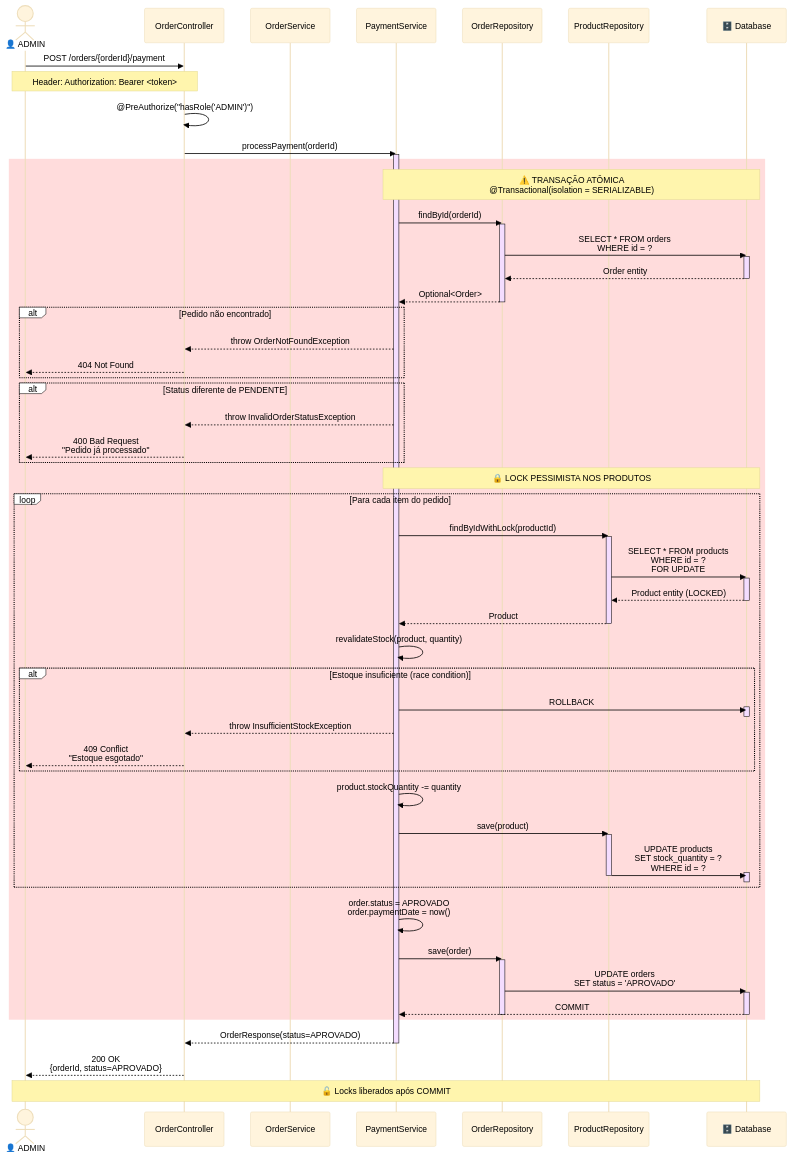
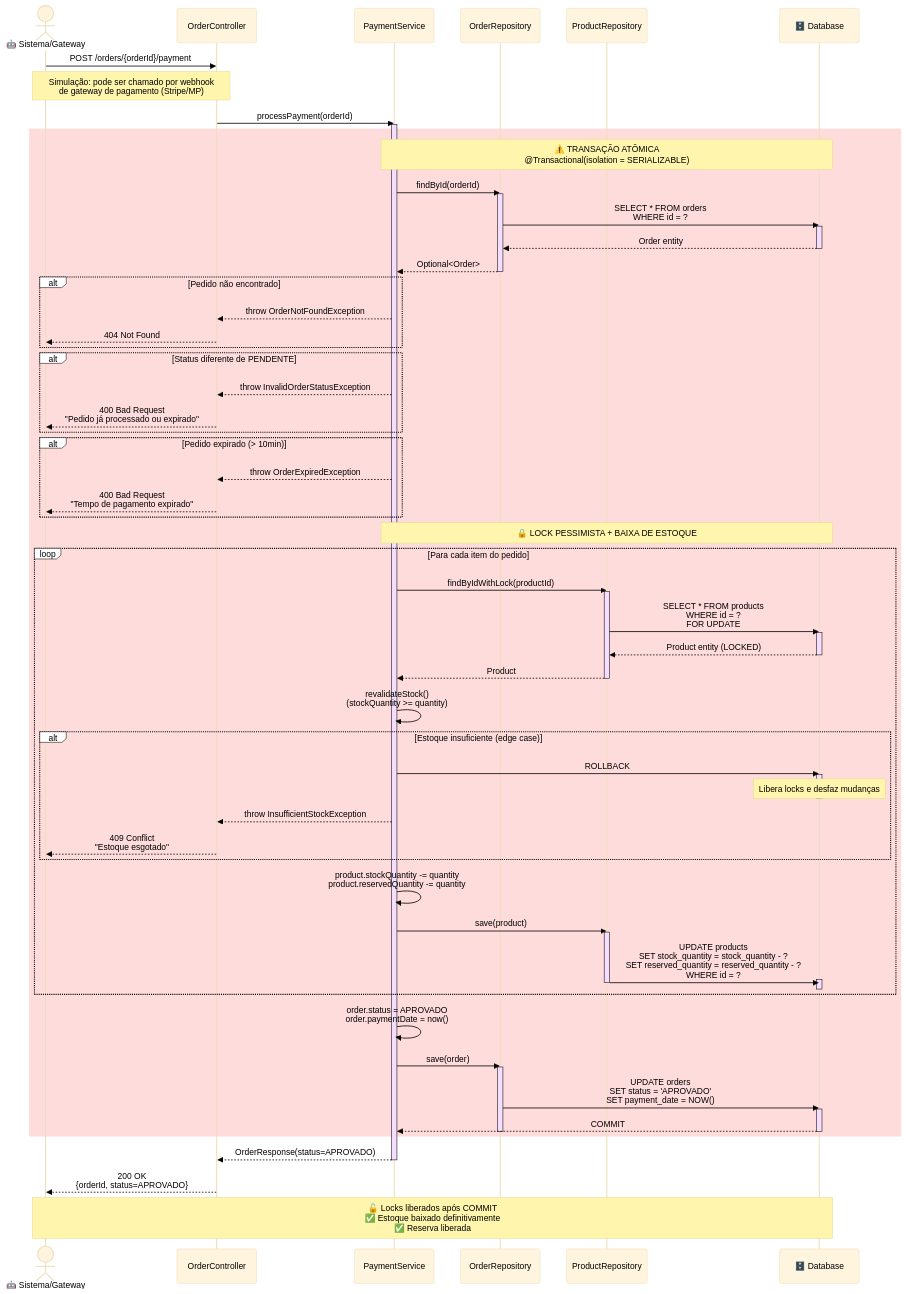
The third of 5 diagrams in docs/architecture/diagrama-sequencia.md (DanrleyBrasil/ecommerce-api-case), drawn with Mermaid before and after one commit. The commit also changed other lines of this file and 20 other files, not shown here.

````diff
--- a/docs/architecture/diagrama-sequencia.md
+++ b/docs/architecture/diagrama-sequencia.md
@@ -158,18 +166,16 @@
 ```mermaid
 %%{init: {'theme':'base', 'themeVariables': { 'actorTextColor':'#000000', 'labelTextColor':'#000000', 'loopTextColor':'#000000', 'noteTextColor':'#000000', 'activationBorderColor':'#000000', 'signalColor':'#000000', 'signalTextColor':'#000000', 'labelBoxBkgColor':'#ffffff', 'labelBoxBorderColor':'#000000', 'sequenceNumberColor':'#000000'}}}%%
 sequenceDiagram
-    actor Admin as 👤 ADMIN
+    actor System as 🤖 Sistema/Gateway
     participant Controller as OrderController
-    participant OrderService as OrderService
     participant PaymentService as PaymentService
     participant OrderRepo as OrderRepository
     participant ProductRepo as ProductRepository
     participant DB as 🗄️ Database
 
-    Admin->>Controller: POST /orders/{orderId}/payment
-    Note over Admin,Controller: Header: Authorization: Bearer <token>
+    System->>Controller: POST /orders/{orderId}/payment
+    Note over System,Controller: Simulação: pode ser chamado por webhook<br/>de gateway de pagamento (Stripe/MP)
     
-    Controller->>Controller: @PreAuthorize("hasRole('ADMIN')")
     Controller->>PaymentService: processPayment(orderId)
     activate PaymentService
     
@@ -187,15 +193,20 @@
         
         alt Pedido não encontrado
             PaymentService-->>Controller: throw OrderNotFoundException
-            Controller-->>Admin: 404 Not Found
+            Controller-->>System: 404 Not Found
         end
         
         alt Status diferente de PENDENTE
             PaymentService-->>Controller: throw InvalidOrderStatusException
-            Controller-->>Admin: 400 Bad Request<br/>"Pedido já processado"
+            Controller-->>System: 400 Bad Request<br/>"Pedido já processado ou expirado"
         end
         
-        Note over PaymentService,DB: 🔒 LOCK PESSIMISTA NOS PRODUTOS
+        alt Pedido expirado (> 10min)
+            PaymentService-->>Controller: throw OrderExpiredException
+            Controller-->>System: 400 Bad Request<br/>"Tempo de pagamento expirado"
+        end
+        
+        Note over PaymentService,DB: 🔒 LOCK PESSIMISTA + BAIXA DE ESTOQUE
         
         loop Para cada item do pedido
             PaymentService->>ProductRepo: findByIdWithLock(productId)
@@ -207,21 +218,22 @@
             ProductRepo-->>PaymentService: Product
             deactivate ProductRepo
             
-            PaymentService->>PaymentService: revalidateStock(product, quantity)
+            PaymentService->>PaymentService: revalidateStock()<br/>(stockQuantity >= quantity)
             
-            alt Estoque insuficiente (race condition)
+            alt Estoque insuficiente (edge case)
                 PaymentService->>DB: ROLLBACK
                 activate DB
+                Note over DB: Libera locks e desfaz mudanças
                 deactivate DB
                 PaymentService-->>Controller: throw InsufficientStockException
-                Controller-->>Admin: 409 Conflict<br/>"Estoque esgotado"
+                Controller-->>System: 409 Conflict<br/>"Estoque esgotado"
             end
             
-            PaymentService->>PaymentService: product.stockQuantity -= quantity
+            PaymentService->>PaymentService: product.stockQuantity -= quantity<br/>product.reservedQuantity -= quantity
             
             PaymentService->>ProductRepo: save(product)
             activate ProductRepo
-            ProductRepo->>DB: UPDATE products<br/>SET stock_quantity = ?<br/>WHERE id = ?
+            ProductRepo->>DB: UPDATE products<br/>SET stock_quantity = stock_quantity - ?<br/>SET reserved_quantity = reserved_quantity - ?<br/>WHERE id = ?
             activate DB
             deactivate DB
             deactivate ProductRepo
@@ -231,7 +243,7 @@
         
         PaymentService->>OrderRepo: save(order)
         activate OrderRepo
-        OrderRepo->>DB: UPDATE orders<br/>SET status = 'APROVADO'
+        OrderRepo->>DB: UPDATE orders<br/>SET status = 'APROVADO'<br/>SET payment_date = NOW()
         activate DB
         DB-->>PaymentService: COMMIT
         deactivate DB
@@ -240,7 +252,7 @@
     
     PaymentService-->>Controller: OrderResponse(status=APROVADO)
     deactivate PaymentService
-    Controller-->>Admin: 200 OK<br/>{orderId, status=APROVADO}
+    Controller-->>System: 200 OK<br/>{orderId, status=APROVADO}
     
-    Note over Admin,DB: 🔓 Locks liberados após COMMIT
+    Note over System,DB: 🔓 Locks liberados após COMMIT<br/>✅ Estoque baixado definitivamente<br/>✅ Reserva liberada
 ```
````
